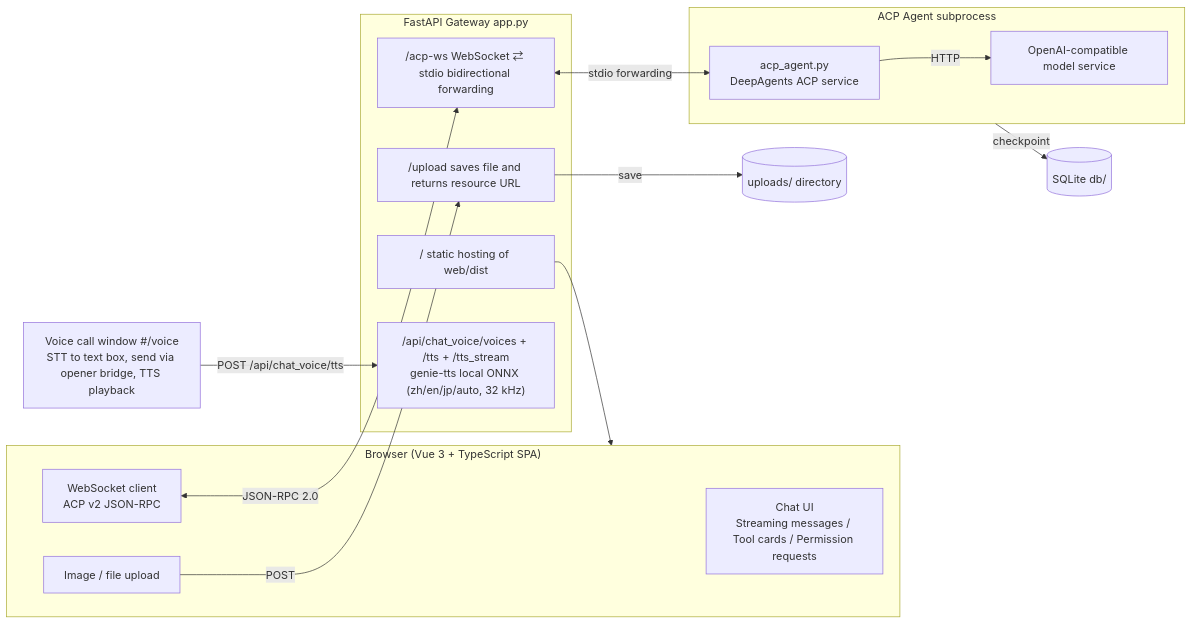
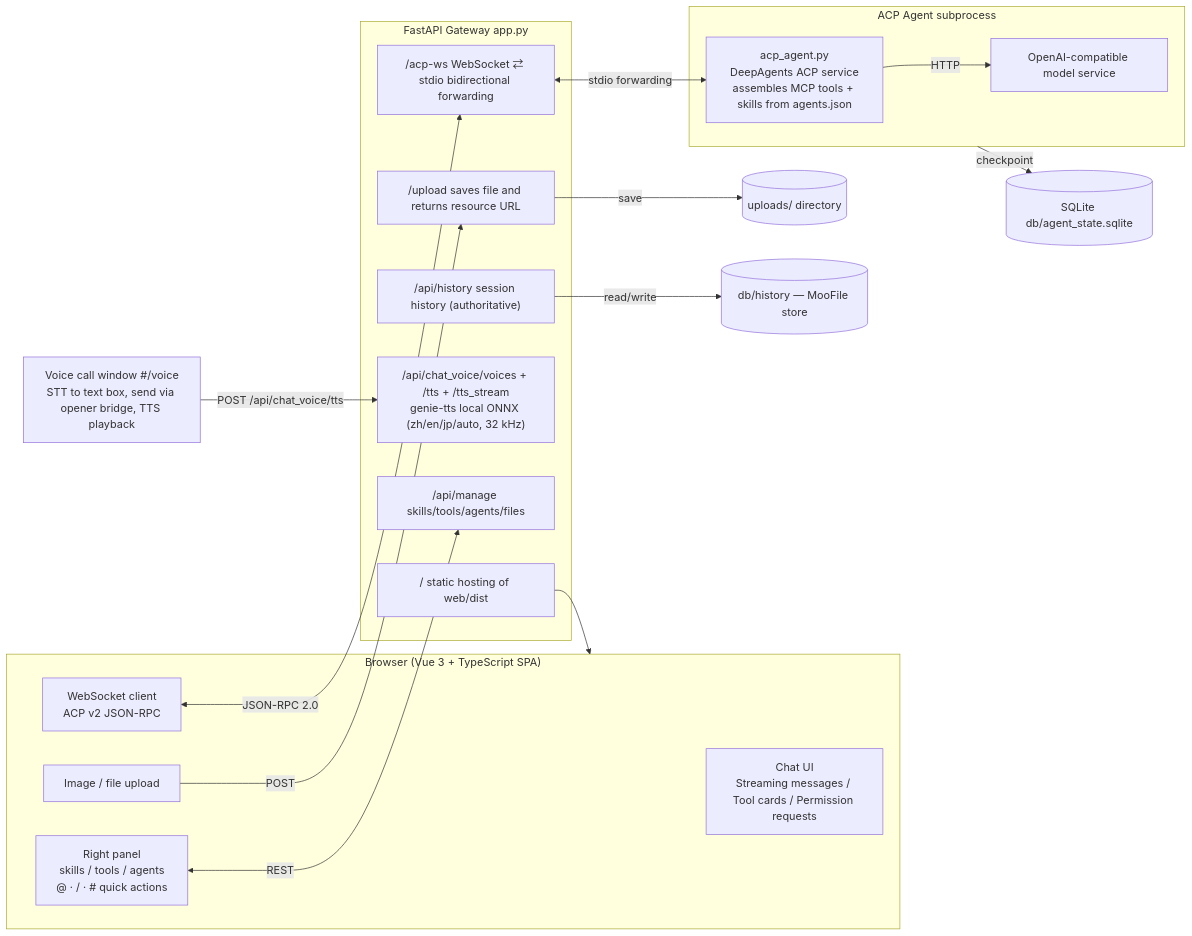
The diagram in README.md (cq-zhangjw/deepagents-acp-demo-mvp), drawn with Mermaid before and after one commit. The commit also changed other lines of this file and 4 other files, not shown here.

````diff
--- a/README.md
+++ b/README.md
@@ -19,29 +21,34 @@
 ```mermaid
 flowchart LR
   subgraph Browser["Browser (Vue 3 + TypeScript SPA)"]
     UI[Chat UI<br/>Streaming messages / Tool cards / Permission requests]
     Upload[Image / file upload]
     WSClient[WebSocket client<br/>ACP v2 JSON-RPC]
+    Manager[Right panel<br/>skills / tools / agents<br/>@ · / · # quick actions]
   end
 
   subgraph Gateway["FastAPI Gateway app.py"]
     UploadAPI["/upload saves file and returns resource URL"]
     WSProxy["/acp-ws WebSocket ⇄ stdio bidirectional forwarding"]
     Static["/ static hosting of web/dist"]
     VoiceAPI["/api/chat_voice/voices + /tts + /tts_stream<br/>genie-tts local ONNX (zh/en/jp/auto, 32 kHz)"]
+    ManageAPI["/api/manage skills/tools/agents/files"]
+    HistoryAPI["/api/history session history (authoritative)"]
   end
 
   subgraph Agent["ACP Agent subprocess"]
-    ACP["acp_agent.py<br/>DeepAgents ACP service"]
+    ACP["acp_agent.py<br/>DeepAgents ACP service<br/>assembles MCP tools + skills from agents.json"]
     Model["OpenAI-compatible model service"]
   end
 
   Upload -->|POST| UploadAPI
   UploadAPI -->|save| Storage[("uploads/ directory")]
   Voice[Voice call window #/voice<br/>STT to text box, send via opener bridge, TTS playback] -->|POST /api/chat_voice/tts| VoiceAPI
   WSClient <-->|JSON-RPC 2.0| WSProxy
   WSProxy <-->|stdio forwarding| ACP
   ACP -->|HTTP| Model
+  Manager <-->|REST| ManageAPI
+  HistoryAPI -->|read/write| MooDB[("db/history — MooFile store")]
   Static --> Browser
-  Agent -->|checkpoint| DB[("SQLite db/")]
+  Agent -->|checkpoint| DB[("SQLite db/agent_state.sqlite")]
 ```
````
